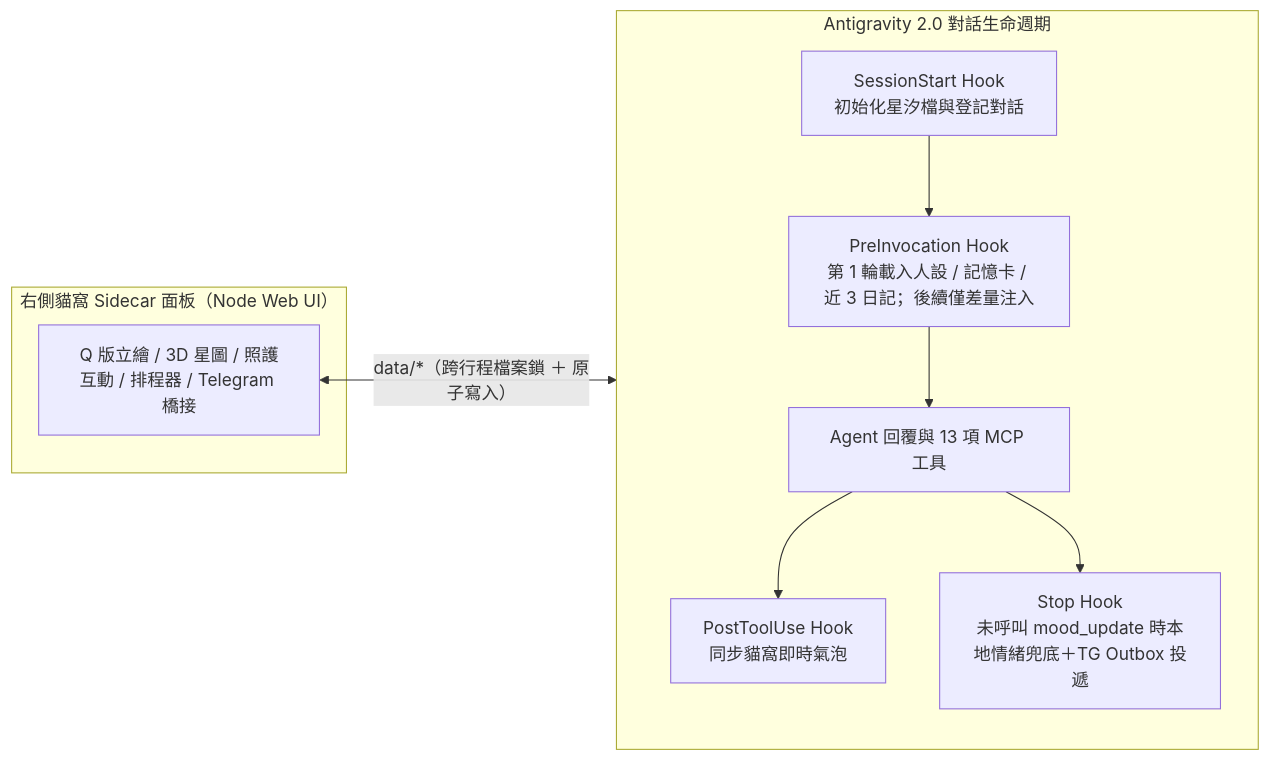
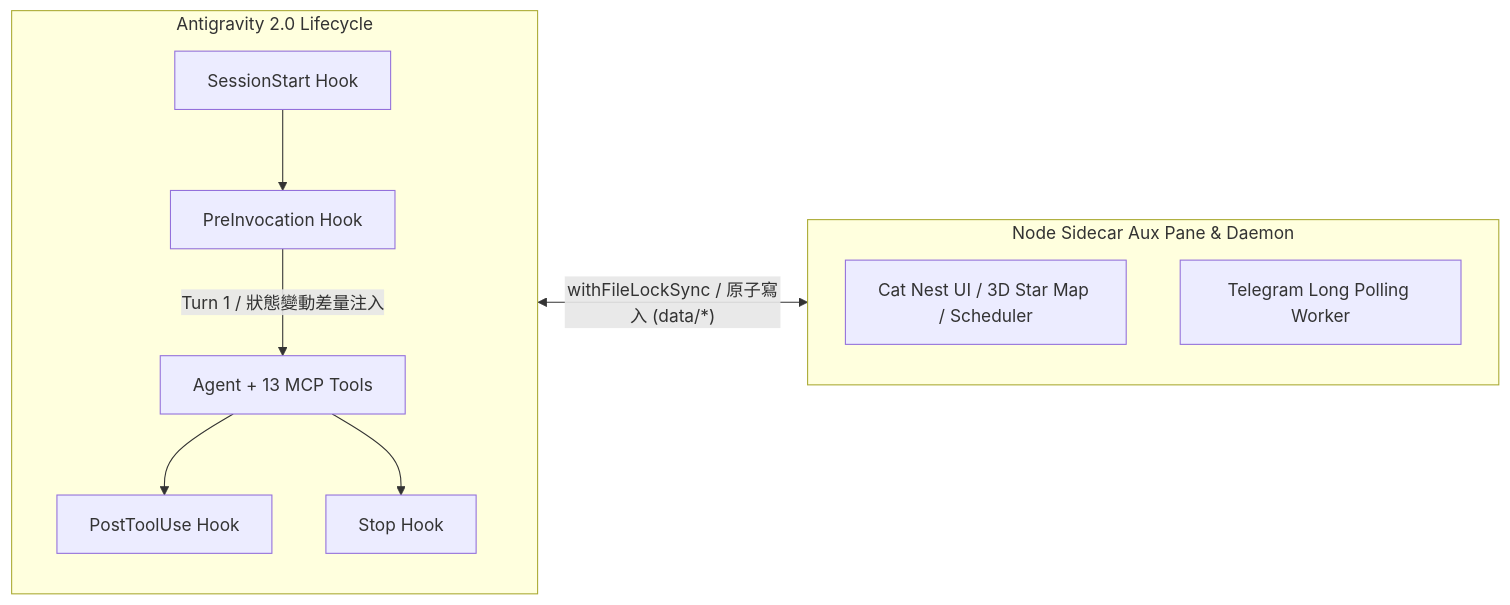
The diagram in README.md (Xuan52766/agy-gemini-chan), drawn with Mermaid before and after one commit. The commit also changed other lines of this file, not shown here.

````diff
--- a/README.md
+++ b/README.md
@@ -190,13 +122,14 @@
 ```mermaid
 flowchart LR
-  subgraph Antigravity["Antigravity 2.0 對話生命週期"]
-    SS["SessionStart Hook<br/>初始化星汐檔與登記對話"] --> PI["PreInvocation Hook<br/>第 1 輪載入人設 / 記憶卡 / 近 3 日記；後續僅差量注入"]
-    PI --> LLM["Agent 回覆與 13 項 MCP 工具"]
-    LLM --> PT["PostToolUse Hook<br/>同步貓窩即時氣泡"]
-    LLM --> ST["Stop Hook<br/>未呼叫 mood_update 時本地情緒兜底＋TG Outbox 投遞"]
+  subgraph Host["Antigravity 2.0 Lifecycle"]
+    SS["SessionStart Hook"] --> PI["PreInvocation Hook"]
+    PI -->|"Turn 1 / 狀態變動差量注入"| LLM["Agent + 13 MCP Tools"]
+    LLM --> PT["PostToolUse Hook"]
+    LLM --> ST["Stop Hook"]
   end
-  subgraph Sidecar["右側貓窩 Sidecar 面板（Node Web UI）"]
-    UI["Q 版立繪 / 3D 星圖 / 照護互動 / 排程器 / Telegram 橋接"]
+  subgraph Sidecar["Node Sidecar Aux Pane & Daemon"]
+    UI["Cat Nest UI / 3D Star Map / Scheduler"]
+    TG["Telegram Long Polling Worker"]
   end
-  UI <-->|"data/*（跨行程檔案鎖 ＋ 原子寫入）"| Antigravity
+  Host <-->|"withFileLockSync / 原子寫入 (data/*)"| Sidecar
 ```
````
